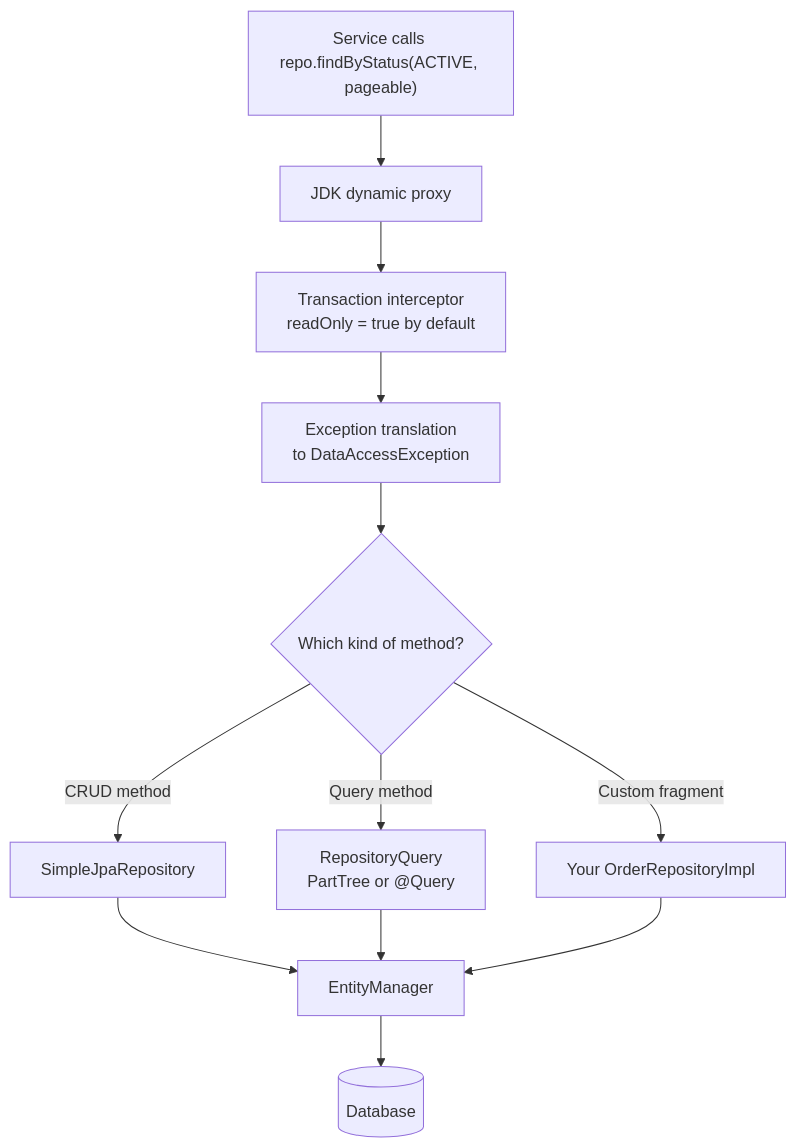
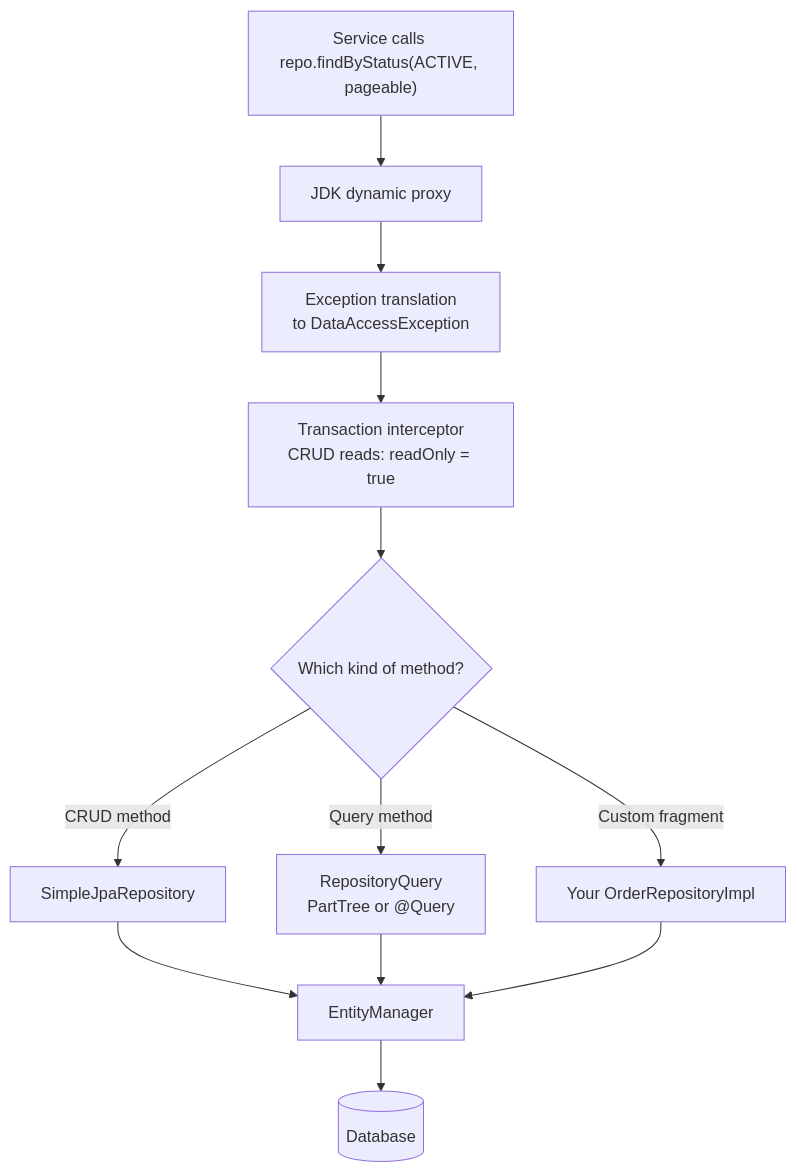
The first of 3 diagrams in docs/spring-boot/07-spring-data.md (vishalhulawale/knowledge-base), drawn with Mermaid before and after one commit. The commit also changed other lines of this file and 5 other files, not shown here.

````diff
--- a/docs/spring-boot/07-spring-data.md
+++ b/docs/spring-boot/07-spring-data.md
@@ -56,14 +52,14 @@
 ```mermaid
 flowchart TD
     C["Service calls repo.findByStatus(ACTIVE, pageable)"] --> P["JDK dynamic proxy"]
-    P --> T["Transaction interceptor<br/>readOnly = true by default"]
-    T --> E["Exception translation<br/>to DataAccessException"]
-    E --> D{"Which kind of method?"}
+    P --> E["Exception translation<br/>to DataAccessException"]
+    E --> T["Transaction interceptor<br/>CRUD reads: readOnly = true"]
+    T --> D{"Which kind of method?"}
     D -->|"CRUD method"| S["SimpleJpaRepository"]
     D -->|"Query method"| Q["RepositoryQuery<br/>PartTree or @Query"]
     D -->|"Custom fragment"| F["Your OrderRepositoryImpl"]
     S --> EM["EntityManager"]
     Q --> EM
     F --> EM
     EM --> DB[("Database")]
 ```
````
